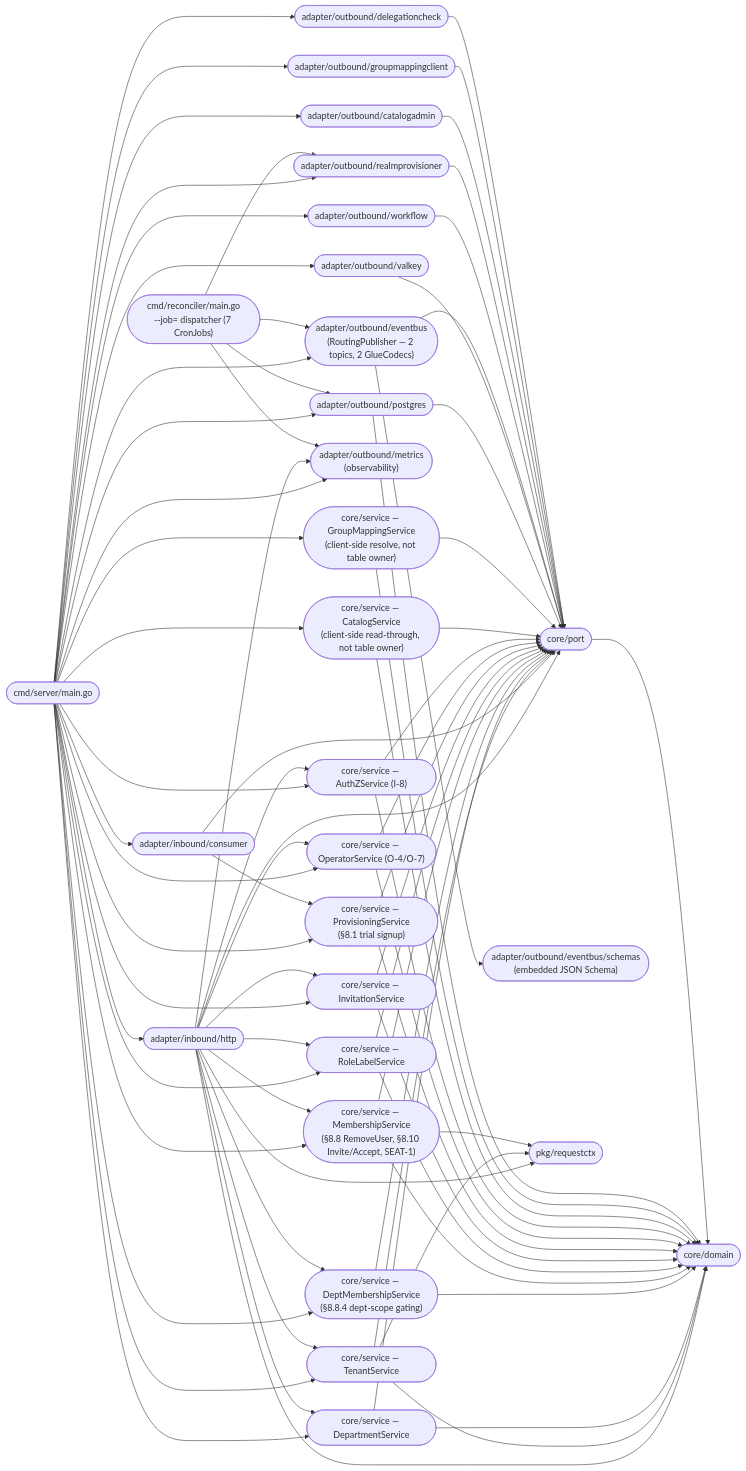
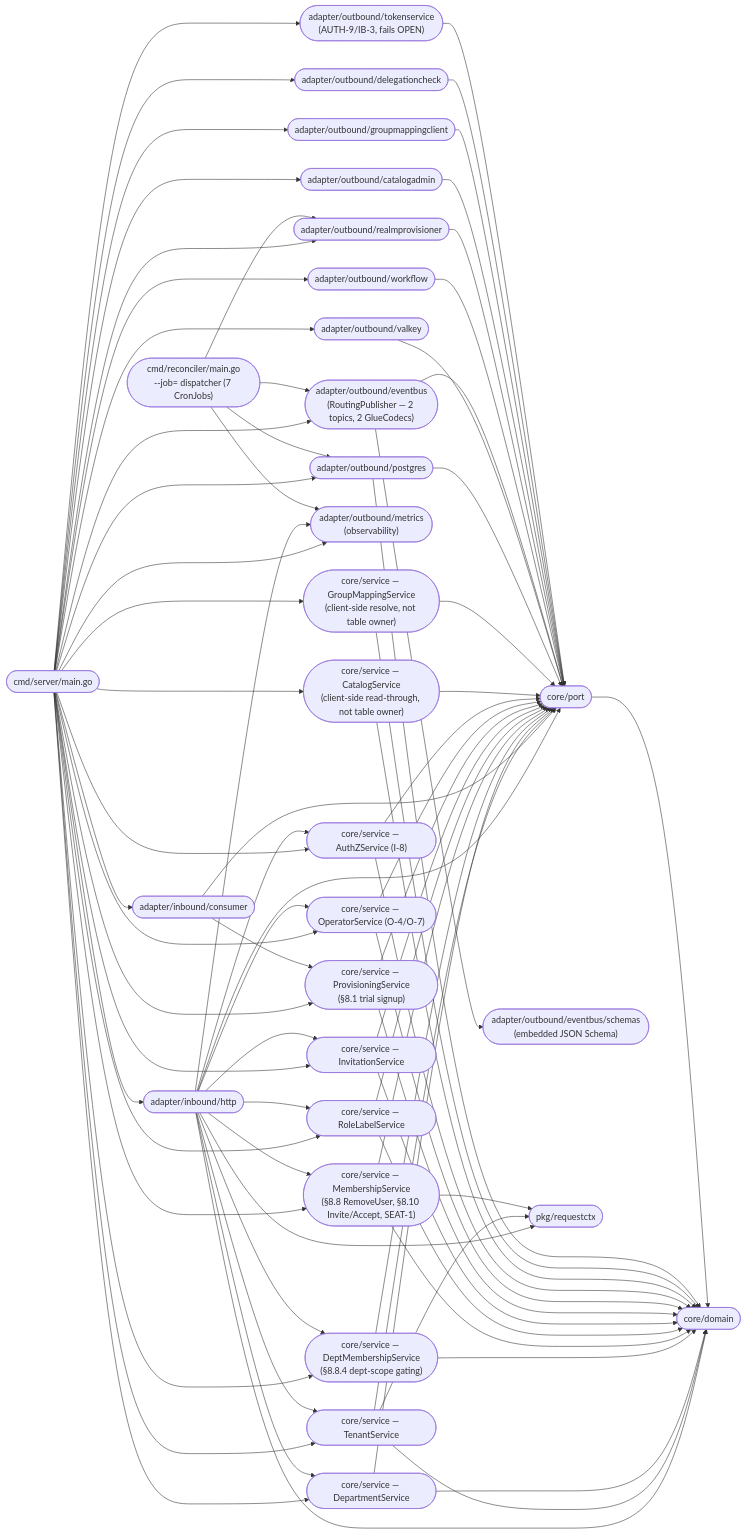
One commit to BCBP-SOLUTIONS-FZC-LLC/iam-org-membership changed the second of 12 diagrams in ARCHITECTURE.md. Above: the diagram before and after it, drawn with Mermaid. The commit also changed other lines of this file and 119 other files, not shown here.

````diff
--- a/ARCHITECTURE.md
+++ b/ARCHITECTURE.md
@@ -131,6 +134,7 @@
     catalogadmin(["adapter/outbound/catalogadmin"])
     groupmappingclient(["adapter/outbound/groupmappingclient"])
     delegationcheck(["adapter/outbound/delegationcheck"])
+    tokenservice(["adapter/outbound/tokenservice\n(AUTH-9/IB-3, fails OPEN)"])
     metrics(["adapter/outbound/metrics\n(observability)"])
 
     tenant_svc(["core/service — TenantService"])
@@ -160,6 +164,7 @@
     main        --> catalogadmin
     main        --> groupmappingclient
     main        --> delegationcheck
+    main        --> tokenservice
     main        --> metrics
     main        --> tenant_svc
     main        --> dept_svc
@@ -229,6 +234,7 @@
     catalogadmin --> port
     groupmappingclient --> port
     delegationcheck --> port
+    tokenservice --> port
 
     port        --> domain
 ```
````
